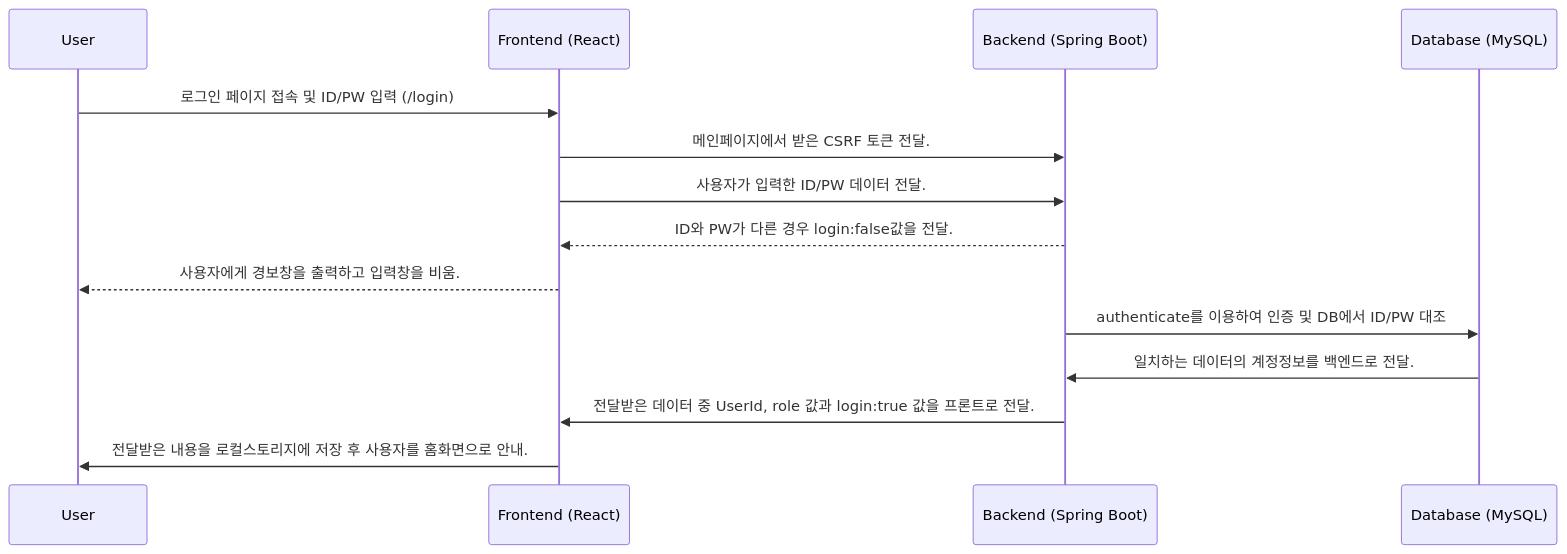
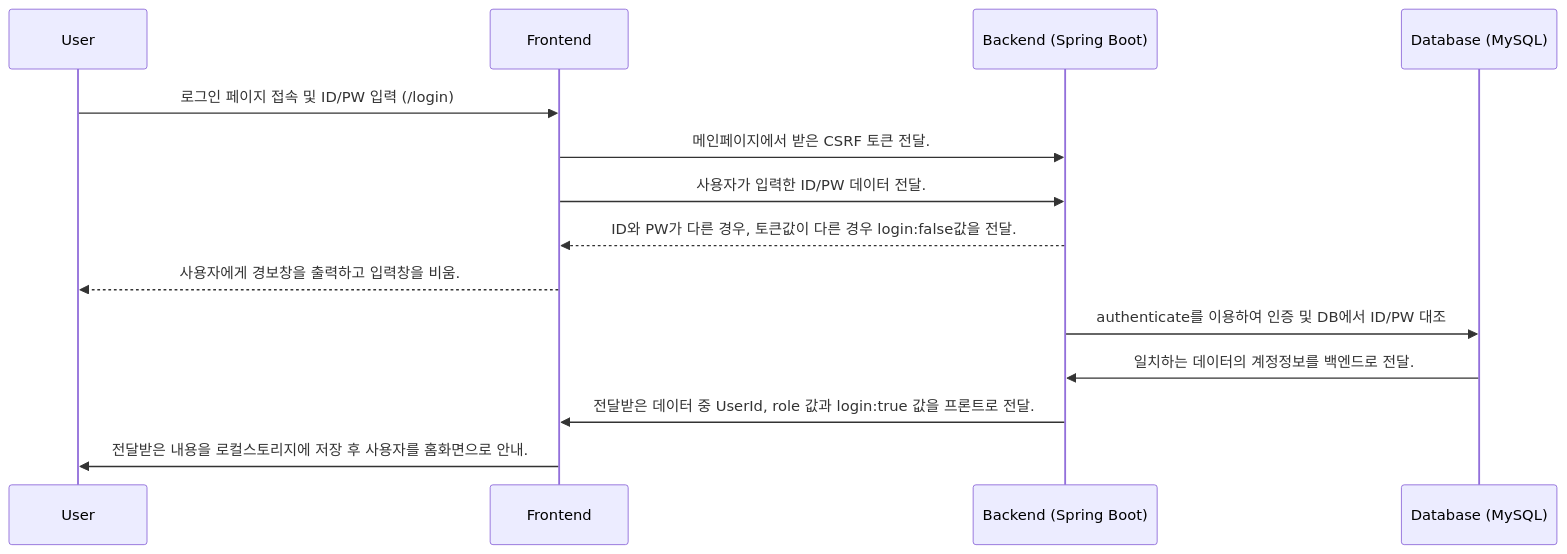
Before and after one commit to SUNGJISUCK95/teamproject: the first of 5 diagrams in bicycle-app/frontend/Auth.md, drawn with Mermaid. The commit also changed other lines of this file, not shown here.

````diff
--- a/bicycle-app/frontend/Auth.md
+++ b/bicycle-app/frontend/Auth.md
@@ -2,20 +2,20 @@
 ```mermaid
 sequenceDiagram
     participant User
-    participant Frontend as Frontend (React)
+    participant Frontend as Frontend
     participant Backend as Backend (Spring Boot)
     participant DB as Database (MySQL)
     
 %% 1. 로그인
     User->>Frontend: 로그인 페이지 접속 및 ID/PW 입력 (/login)
     Frontend->>Backend: 메인페이지에서 받은 CSRF 토큰 전달.
     Frontend->>Backend: 사용자가 입력한 ID/PW 데이터 전달.
     
-    Backend-->>Frontend: ID와 PW가 다른 경우 login:false값을 전달.
+    Backend-->>Frontend: ID와 PW가 다른 경우, 토큰값이 다른 경우 login:false값을 전달.
     Frontend-->>User : 사용자에게 경보창을 출력하고 입력창을 비움.
     
     Backend->>DB: authenticate를 이용하여 인증 및 DB에서 ID/PW 대조
     DB->>Backend: 일치하는 데이터의 계정정보를 백엔드로 전달.
     Backend->>Frontend: 전달받은 데이터 중 UserId, role 값과 login:true 값을 프론트로 전달.
     Frontend->>User : 전달받은 내용을 로컬스토리지에 저장 후 사용자를 홈화면으로 안내. 
 ```
````
